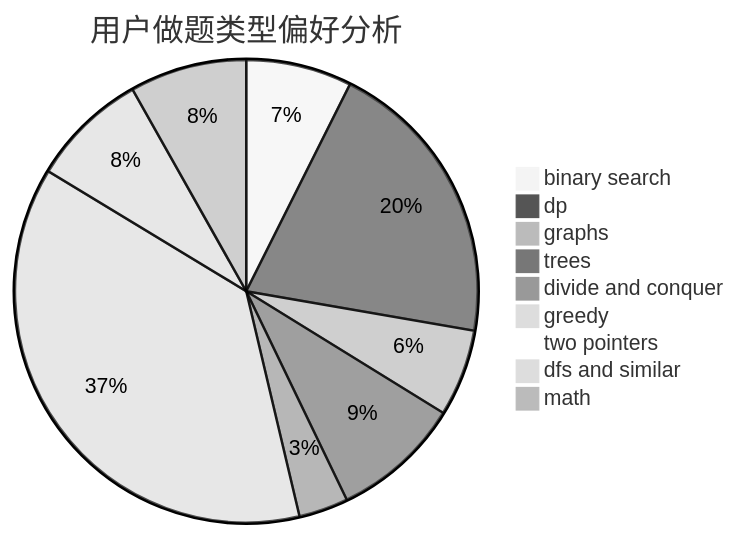
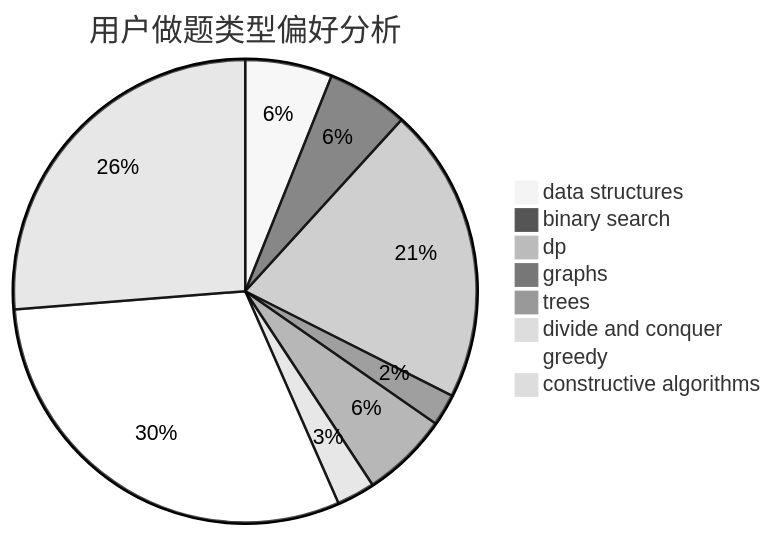
The second of 3 diagrams in docs/user/u2119.md (sherpahu/cfrs.github.io), drawn with Mermaid (neutral theme) before and after one commit. The commit also changed other lines of this file and 2775 other files, not shown here.

````diff
--- a/docs/user/u2119.md
+++ b/docs/user/u2119.md
@@ -23,12 +23,11 @@
 ```mermaid
 pie title 用户做题类型偏好分析
-    "binary search" :  135
-    "dp" :  371
-    "graphs" :  111
-    "trees" :  165
-    "divide and conquer" :  63
-    "greedy" :  682
-    "two pointers" :  5
-    "dfs and similar" :  149
-    "math" :  149
+    "data structures" :  98
+    "binary search" :  92
+    "dp" :  334
+    "graphs" :  36
+    "trees" :  98
+    "divide and conquer" :  43
+    "greedy" :  490
+    "constructive algorithms" :  424
 ```
````
